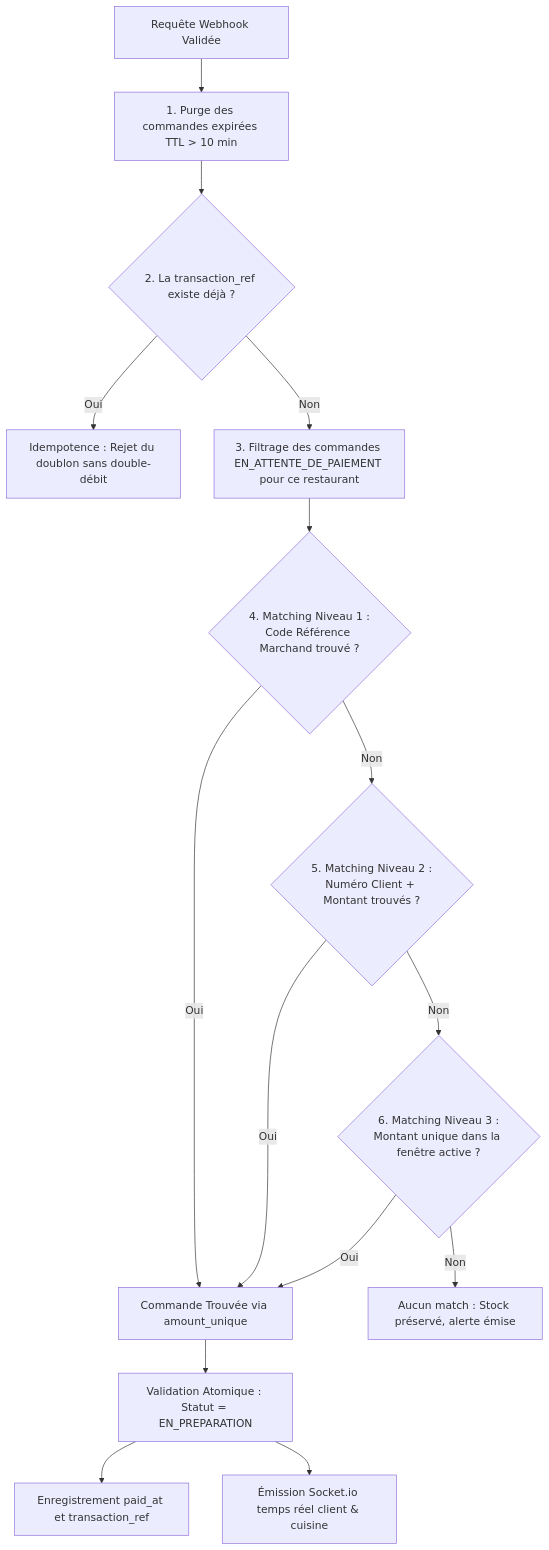
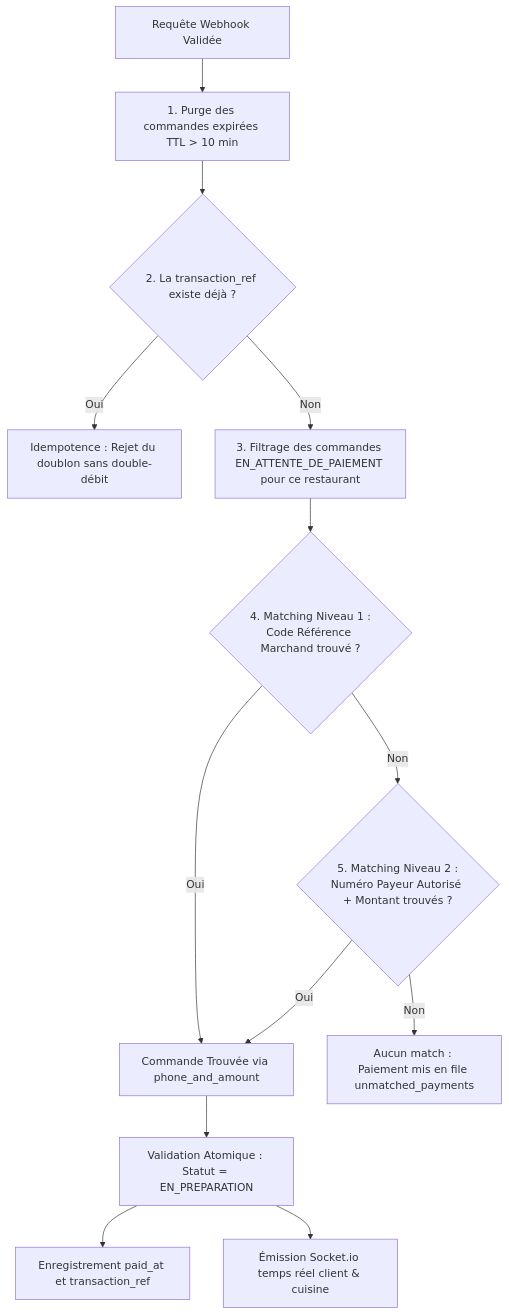
Before and after one commit to zongokenoch95/Le_Ci: the second of 4 diagrams in validAuto.md, drawn with Mermaid. The commit also changed other lines of this file and 6 other files, not shown here.

Commit message:
fix(payment): remove Level 3 amount_unique and display pending orders in dashboard only after payer info is submitted

````diff
--- a/validAuto.md
+++ b/validAuto.md
@@ -140,21 +140,18 @@
 ```mermaid
 graph TD
     A[Requête Webhook Validée] --> B[1. Purge des commandes expirées TTL > 10 min]
     B --> C{2. La transaction_ref existe déjà ?}
     C -- Oui --> D[Idempotence : Rejet du doublon sans double-débit]
     C -- Non --> E[3. Filtrage des commandes EN_ATTENTE_DE_PAIEMENT pour ce restaurant]
     
     E --> F{4. Matching Niveau 1 :<br/>Code Référence Marchand trouvé ?}
     F -- Oui --> J[Commande Trouvée via code_reference]
-    F -- Non --> G{5. Matching Niveau 2 :<br/>Numéro Client + Montant trouvés ?}
+    F -- Non --> G{5. Matching Niveau 2 :<br/>Numéro Payeur Autorisé + Montant trouvés ?}
     
     G -- Oui --> J[Commande Trouvée via phone_and_amount]
-    G -- Non --> H{6. Matching Niveau 3 :<br/>Montant unique dans la fenêtre active ?}
-    
-    H -- Oui --> J[Commande Trouvée via amount_unique]
-    H -- Non --> K[Aucun match : Stock préservé, alerte émise]
+    G -- Non --> K[Aucun match : Paiement mis en file unmatched_payments]
     
     J --> L[Validation Atomique : Statut = EN_PREPARATION]
     L --> M[Enregistrement paid_at et transaction_ref]
     L --> N[Émission Socket.io temps réel client & cuisine]
 ```
````
